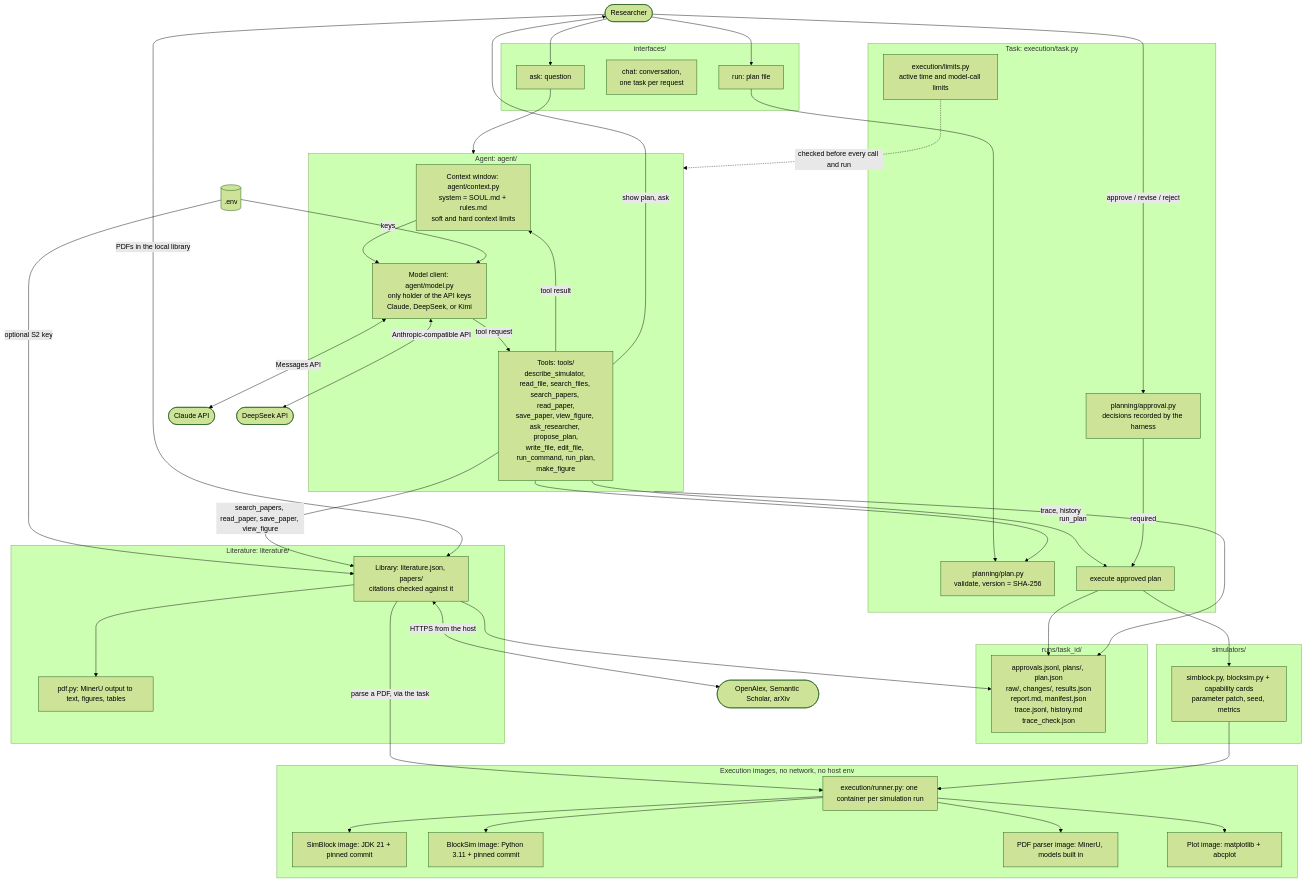
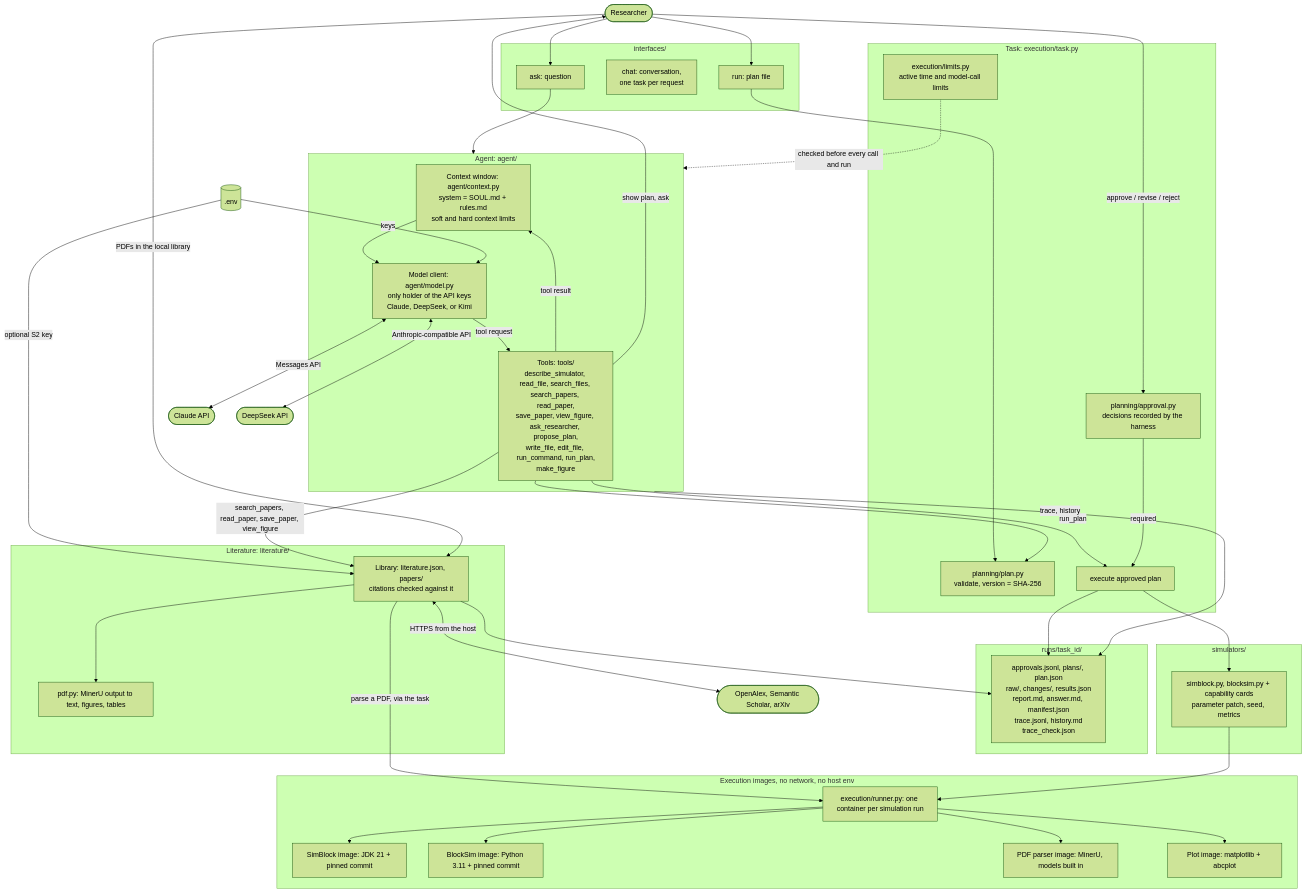
One commit to teiyou416/abc-harness changed the diagram in docs/architecture.md. Above: the diagram before and after it, drawn with Mermaid (forest theme). The commit also changed other lines of this file and 18 other files, not shown here.

````diff
--- a/docs/architecture.md
+++ b/docs/architecture.md
@@ -8,71 +8,71 @@
 ```mermaid
 flowchart TB
     R(["Researcher"])
 
     subgraph CLI["interfaces/"]
         ASK["ask: question"]
         CHAT["chat: conversation,<br/>one task per request"]
         RUN["run: plan file"]
     end
 
     subgraph LOOP["Agent: agent/"]
         CTX["Context window: agent/context.py<br/>system = SOUL.md + rules.md<br/>soft and hard context limits"]
         LLM["Model client: agent/model.py<br/>only holder of the API keys<br/>Claude, DeepSeek, or Kimi"]
         TOOLS["Tools: tools/<br/>describe_simulator, read_file, search_files, search_papers, read_paper,<br/>save_paper, view_figure, ask_researcher, propose_plan,<br/>write_file, edit_file, run_command, run_plan,<br/>make_figure"]
         CTX --> LLM -->|tool request| TOOLS -->|tool result| CTX
     end
 
     subgraph TASK["Task: execution/task.py"]
         PLAN["planning/plan.py<br/>validate, version = SHA-256"]
         APPROVAL["planning/approval.py<br/>decisions recorded by the harness"]
         LIMITS["execution/limits.py<br/>active time and model-call limits"]
         EXEC["execute approved plan"]
     end
 
     subgraph SIM["simulators/"]
         ADAPTER["simblock.py, blocksim.py + capability cards<br/>parameter patch, seed, metrics"]
     end
 
     subgraph DOCKER["Execution images, no network, no host env"]
         RUNNER["execution/runner.py: one container per simulation run"]
         SIMBLOCK["SimBlock image: JDK 21 + pinned commit"]
         BLOCKSIM["BlockSim image: Python 3.11 + pinned commit"]
         PDFIMG["PDF parser image: MinerU, models built in"]
         PLOTIMG["Plot image: matplotlib + abcplot"]
         RUNNER --> SIMBLOCK
         RUNNER --> BLOCKSIM
         RUNNER --> PDFIMG
         RUNNER --> PLOTIMG
     end
 
     subgraph ART["runs/task_id/"]
-        FILES["approvals.jsonl, plans/, plan.json<br/>raw/, changes/, results.json<br/>report.md, manifest.json<br/>trace.jsonl, history.md<br/>trace_check.json"]
+        FILES["approvals.jsonl, plans/, plan.json<br/>raw/, changes/, results.json<br/>report.md, answer.md, manifest.json<br/>trace.jsonl, history.md<br/>trace_check.json"]
     end
 
     subgraph LIT["Literature: literature/"]
         LIB["Library: literature.json, papers/<br/>citations checked against it"]
         PDF["pdf.py: MinerU output to text, figures, tables"]
         LIB --> PDF
     end
 
     ENV[(".env")] -->|keys| LLM
     ENV -->|optional S2 key| LIB
     TOOLS -->|search_papers, read_paper, save_paper, view_figure| LIB
     LIB <-->|HTTPS from the host| ACADEMIC(["OpenAlex, Semantic Scholar, arXiv"])
     R -->|PDFs in the local library| LIB
     LIB -->|parse a PDF, via the task| RUNNER
     LIB --> FILES
     LLM <-->|Messages API| CLAUDE(["Claude API"])
     LLM <-->|Anthropic-compatible API| DEEPSEEK(["DeepSeek API"])
     R --> ASK --> LOOP
     R --> RUN --> PLAN
     TOOLS --> PLAN
     TOOLS -->|show plan, ask| R
     R -->|approve / revise / reject| APPROVAL
     TOOLS -->|run_plan| EXEC
     APPROVAL -->|required| EXEC
     LIMITS -.->|checked before every call and run| LOOP
     EXEC --> ADAPTER --> RUNNER
     EXEC --> FILES
     LOOP -->|trace, history| FILES
 ```
````
